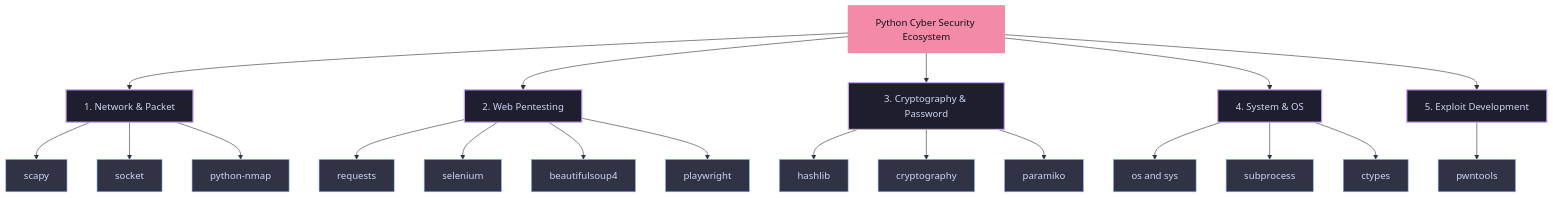
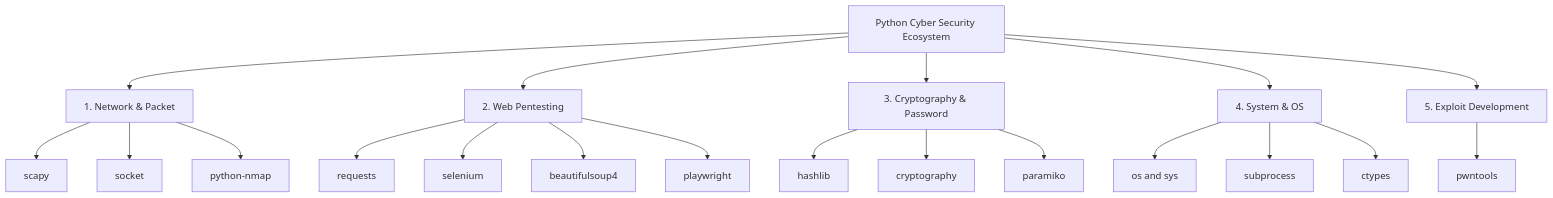
Before and after one commit to yusufarbc/yusufarbc: the diagram in website/content/python-for-hackers/en.md, drawn with Mermaid. The commit also changed 24 other files, not shown here.

````diff
--- a/website/content/python-for-hackers/en.md
+++ b/website/content/python-for-hackers/en.md
@@ -1117,50 +1117,42 @@
 ```mermaid
 flowchart TD
-    %% Styling and config
-    classDef category fill:#1e1e2e,stroke:#cba6f7,stroke-width:2px,color:#cdd6f4;
-    classDef module fill:#313244,stroke:#89b4fa,stroke-width:1px,color:#cdd6f4;
-    
     Start[Python Cyber Security Ecosystem] --> Cat1[1. Network & Packet]
     Start --> Cat2[2. Web Pentesting]
     Start --> Cat3[3. Cryptography & Password]
     Start --> Cat4[4. System & OS]
     Start --> Cat5[5. Exploit Development]
 
     Cat1 --> M1_1[scapy]
     Cat1 --> M1_2[socket]
     Cat1 --> M1_3[python-nmap]
 
     Cat2 --> M2_1[requests]
     Cat2 --> M2_2[selenium]
     Cat2 --> M2_3[beautifulsoup4]
     Cat2 --> M2_4[playwright]
 
     Cat3 --> M3_1[hashlib]
     Cat3 --> M3_2[cryptography]
     Cat3 --> M3_3[paramiko]
 
     Cat4 --> M4_1[os and sys]
     Cat4 --> M4_2[subprocess]
     Cat4 --> M4_3[ctypes]
 
     Cat5 --> M5_1[pwntools]
 
-    class Cat1,Cat2,Cat3,Cat4,Cat5 category;
-    class M1_1,M1_2,M1_3,M2_1,M2_2,M2_3,M2_4,M3_1,M3_2,M3_3,M4_1,M4_2,M4_3,M5_1 module;
-    style Start fill:#f38ba8,stroke:#f38ba8,stroke-width:2px,color:#11111b;
-
     click M1_1 href "#scapy" "Go to Scapy"
     click M1_2 href "#socket" "Go to Socket"
     click M1_3 href "#python-nmap" "Go to Python-Nmap"
     click M2_1 href "#requests" "Go to Requests"
     click M2_2 href "#selenium" "Go to Selenium"
     click M2_3 href "#beautifulsoup4" "Go to BeautifulSoup4"
     click M2_4 href "#playwright" "Go to Playwright"
     click M3_1 href "#hashlib" "Go to Hashlib"
     click M3_2 href "#cryptography" "Go to Cryptography"
     click M3_3 href "#paramiko" "Go to Paramiko"
     click M4_1 href "#os-and-sys" "Go to OS and Sys"
     click M4_2 href "#subprocess" "Go to Subprocess"
     click M4_3 href "#ctypes" "Go to Ctypes"
     click M5_1 href "#pwntools" "Go to Pwntools"
 ```
````
